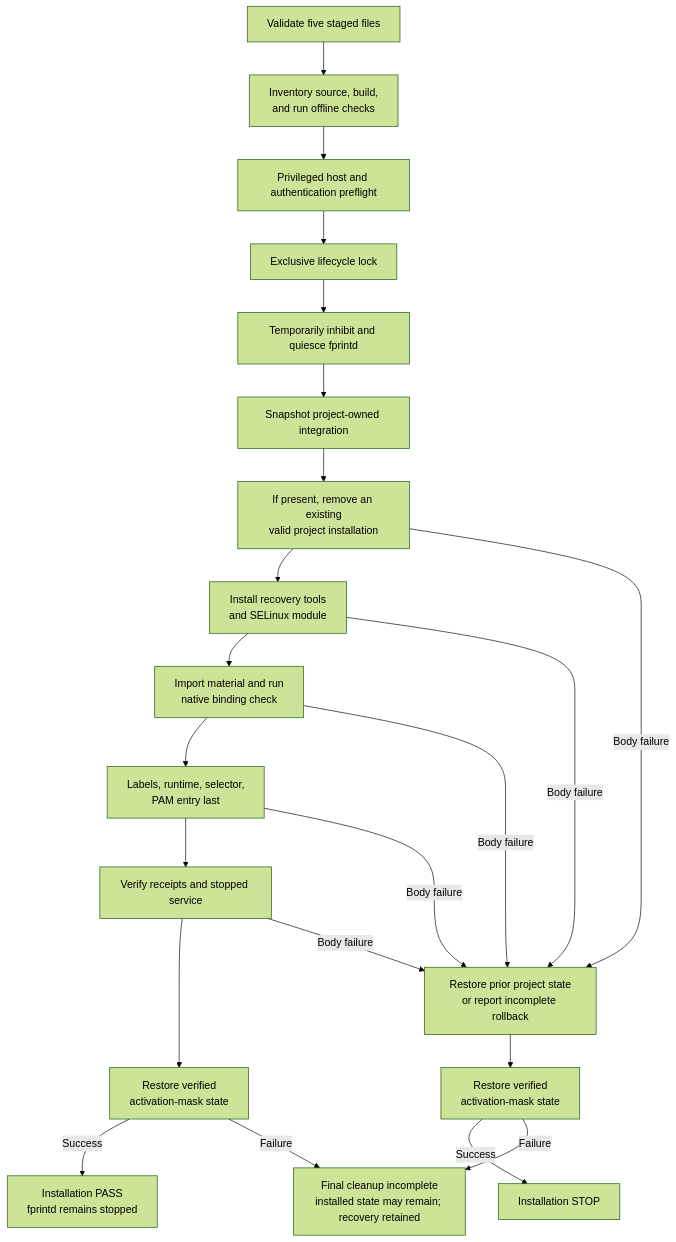
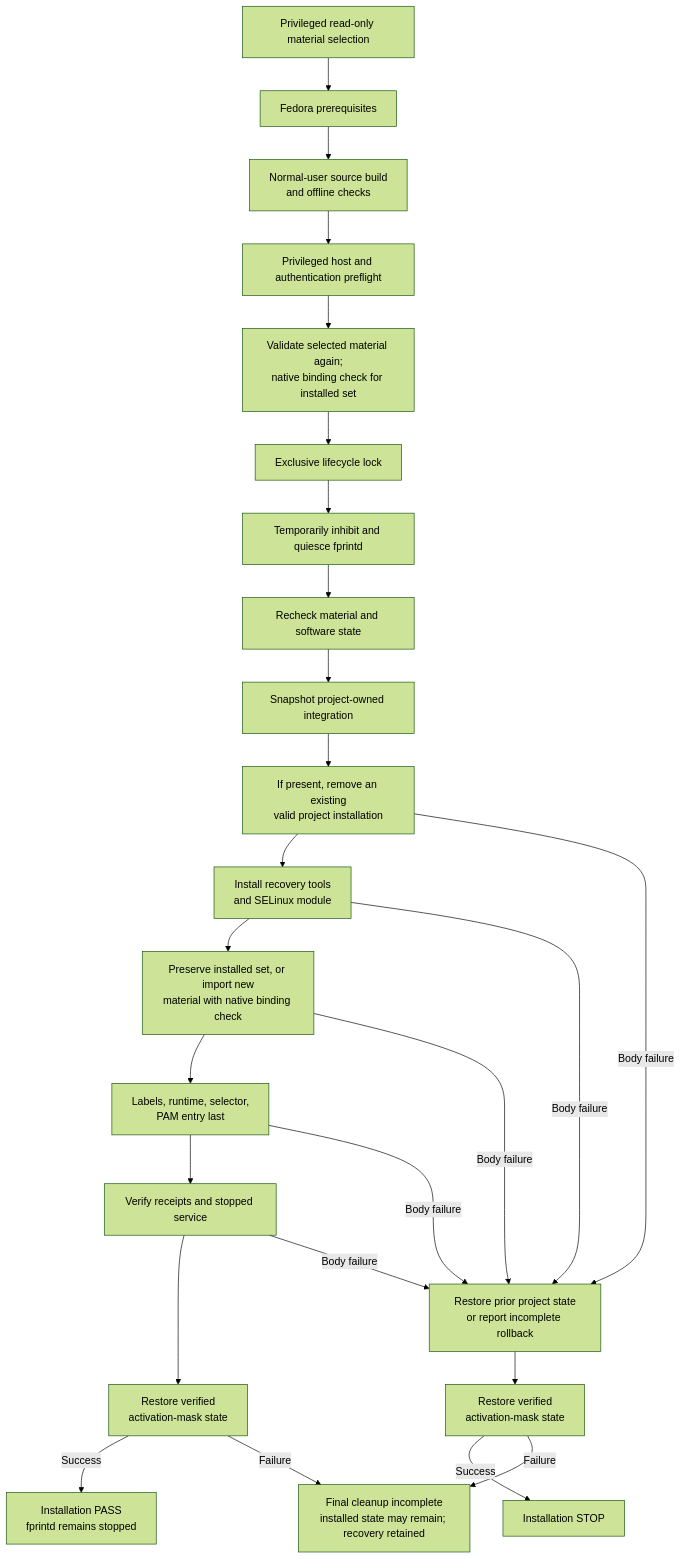
One commit to sorguido/goodix-27c6-5125 changed the sixth of 6 diagrams in TECHNICAL_MANUAL.md. Above: the diagram before and after it, drawn with Mermaid (forest theme). The commit also changed other lines of this file and 10 other files, not shown here.

````diff
--- a/TECHNICAL_MANUAL.md
+++ b/TECHNICAL_MANUAL.md
@@ -1078,24 +1081,27 @@
 ```mermaid
 flowchart TD
-    Material["Validate five staged files"] --> Build["Inventory source, build,<br/>and run offline checks"]
+    Material["Privileged read-only material selection"] --> Packages["Fedora prerequisites"]
+    Packages --> Build["Normal-user source build<br/>and offline checks"]
     Build --> Preflight["Privileged host and authentication preflight"]
-    Preflight --> Lock["Exclusive lifecycle lock"]
+    Preflight --> Existing["Validate selected material again;<br/>native binding check for installed set"]
+    Existing --> Lock["Exclusive lifecycle lock"]
     Lock --> Quiet["Temporarily inhibit and quiesce fprintd"]
-    Quiet --> Snapshot["Snapshot project-owned integration"]
+    Quiet --> Recheck["Recheck material and software state"]
+    Recheck --> Snapshot["Snapshot project-owned integration"]
     Snapshot --> Replace["If present, remove an existing<br/>valid project installation"]
     Replace --> Recovery["Install recovery tools<br/>and SELinux module"]
-    Recovery --> Native["Import material and run<br/>native binding check"]
+    Recovery --> Native["Preserve installed set, or import new<br/>material with native binding check"]
     Native --> Deploy["Labels, runtime, selector,<br/>PAM entry last"]
     Deploy --> Verify["Verify receipts and stopped service"]
     Verify --> ReleaseSuccess["Restore verified<br/>activation-mask state"]
     ReleaseSuccess -- Success --> Done["Installation PASS<br/>fprintd remains stopped"]
     ReleaseSuccess -- Failure --> Cleanup["Final cleanup incomplete<br/>installed state may remain; recovery retained"]
     Replace -- Body failure --> Rollback["Restore prior project state<br/>or report incomplete rollback"]
     Recovery -- Body failure --> Rollback
     Native -- Body failure --> Rollback
     Deploy -- Body failure --> Rollback
     Verify -- Body failure --> Rollback
     Rollback --> ReleaseFailure["Restore verified<br/>activation-mask state"]
     ReleaseFailure -- Success --> Failed["Installation STOP"]
     ReleaseFailure -- Failure --> Cleanup
 ```
````
